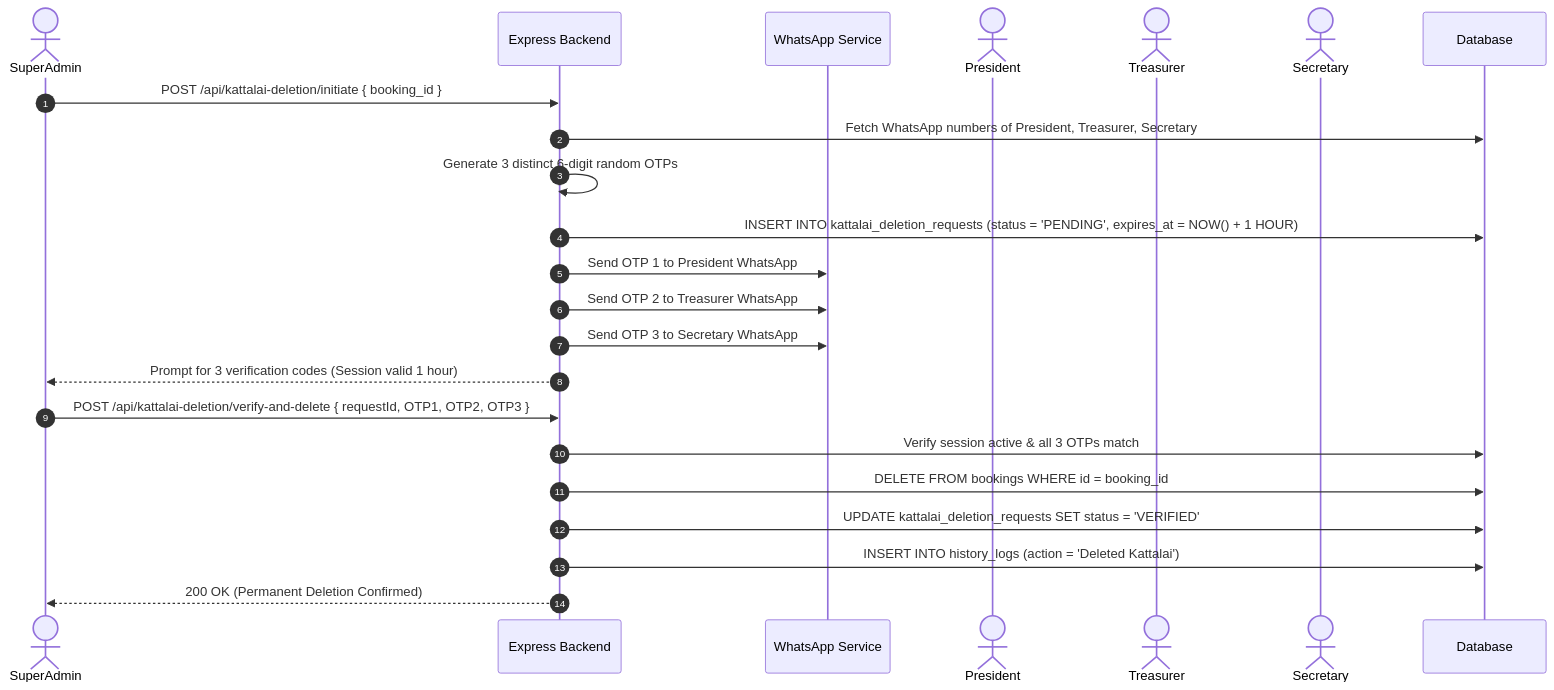
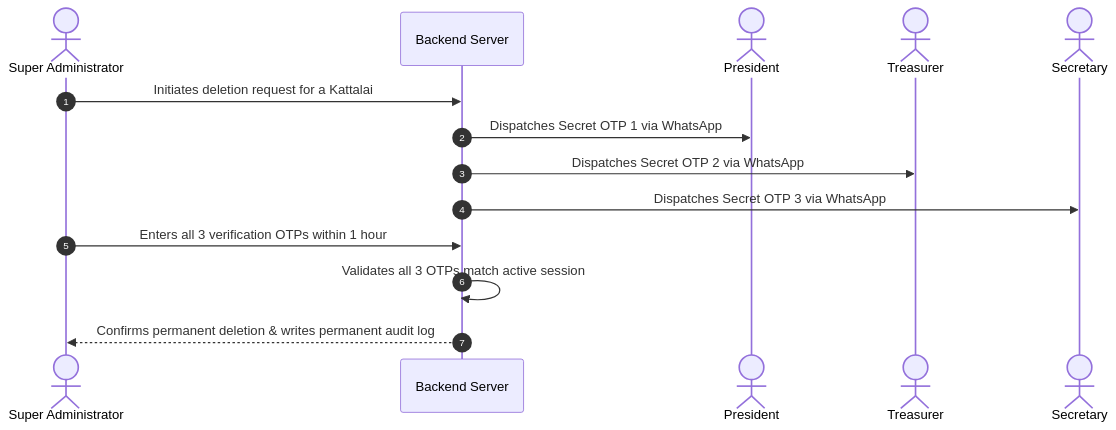
One commit to marlinabishak/Vairavan_Koil changed the third of 3 diagrams in END_TO_END_SYSTEM_MANUAL.md. Above: the diagram before and after it, drawn with Mermaid. The commit also changed other lines of this file, not shown here.

````diff
--- a/END_TO_END_SYSTEM_MANUAL.md
+++ b/END_TO_END_SYSTEM_MANUAL.md
@@ -334,26 +209,17 @@
 ```mermaid
 sequenceDiagram
     autonumber
-    actor SuperAdmin
-    participant API as Express Backend
-    participant WA as WhatsApp Service
+    actor SuperAdmin as Super Administrator
+    participant API as Backend Server
     actor Pres as President
     actor Treas as Treasurer
     actor Sec as Secretary
-    participant DB as Database
 
-    SuperAdmin->>API: POST /api/kattalai-deletion/initiate { booking_id }
-    API->>DB: Fetch WhatsApp numbers of President, Treasurer, Secretary
-    API->>API: Generate 3 distinct 6-digit random OTPs
-    API->>DB: INSERT INTO kattalai_deletion_requests (status = 'PENDING', expires_at = NOW() + 1 HOUR)
-    API->>WA: Send OTP 1 to President WhatsApp
-    API->>WA: Send OTP 2 to Treasurer WhatsApp
-    API->>WA: Send OTP 3 to Secretary WhatsApp
-    API-->>SuperAdmin: Prompt for 3 verification codes (Session valid 1 hour)
-    SuperAdmin->>API: POST /api/kattalai-deletion/verify-and-delete { requestId, OTP1, OTP2, OTP3 }
-    API->>DB: Verify session active & all 3 OTPs match
-    API->>DB: DELETE FROM bookings WHERE id = booking_id
-    API->>DB: UPDATE kattalai_deletion_requests SET status = 'VERIFIED'
-    API->>DB: INSERT INTO history_logs (action = 'Deleted Kattalai')
-    API-->>SuperAdmin: 200 OK (Permanent Deletion Confirmed)
+    SuperAdmin->>API: Initiates deletion request for a Kattalai
+    API->>Pres: Dispatches Secret OTP 1 via WhatsApp
+    API->>Treas: Dispatches Secret OTP 2 via WhatsApp
+    API->>Sec: Dispatches Secret OTP 3 via WhatsApp
+    SuperAdmin->>API: Enters all 3 verification OTPs within 1 hour
+    API->>API: Validates all 3 OTPs match active session
+    API-->>SuperAdmin: Confirms permanent deletion & writes permanent audit log
 ```
````
